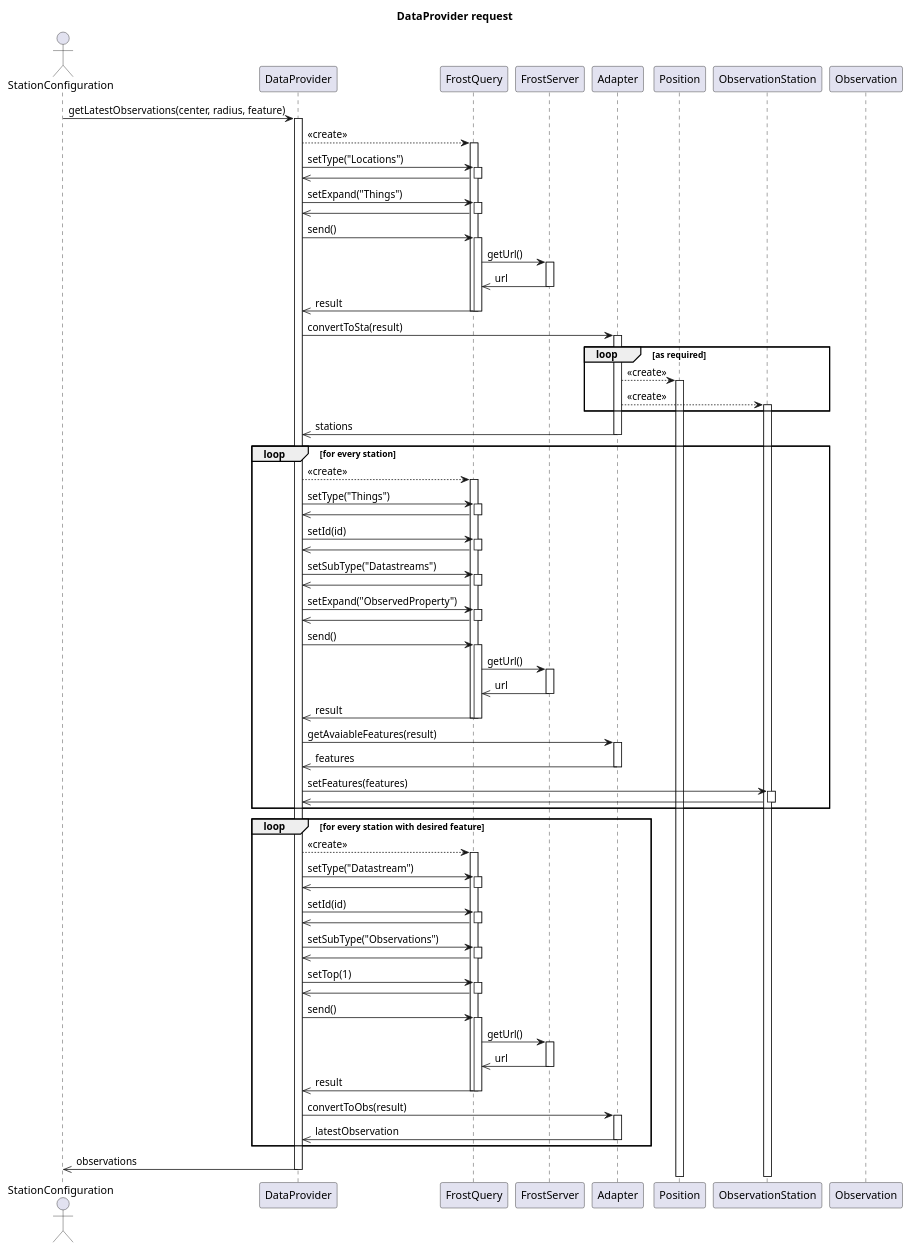
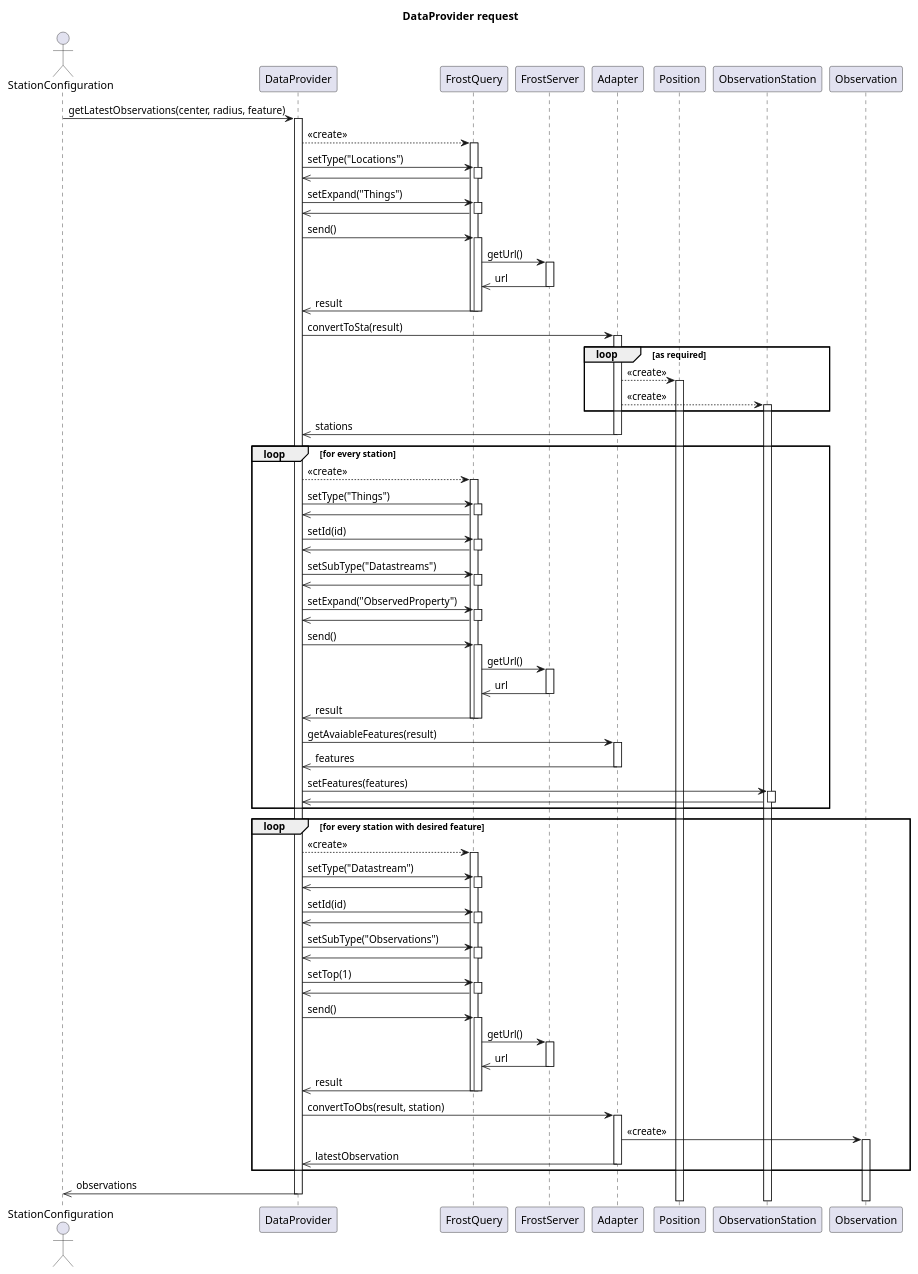
The diagram in Entwurf/PlantUML/FrostSeq.puml (JonaEnz/pse-airquality-1), drawn with PlantUML before and after one commit. The commit also changed 1 other file, not shown here.

Commit message:
Modify Adapter

```diff
--- a/Entwurf/PlantUML/FrostSeq.puml
+++ b/Entwurf/PlantUML/FrostSeq.puml
@@ -1,74 +1,75 @@
 @startuml FrostSeq
 
 title DataProvider request
 
 actor StationConfiguration
 participant DataProvider
 participant FrostQuery
 participant FrostServer
 participant Adapter
 participant Position
 participant ObservationStation
 participant Observation
 
 
 StationConfiguration -> DataProvider ++ : getLatestObservations(center, radius, feature)
 DataProvider --> FrostQuery ++ : <<create>>
 DataProvider -> FrostQuery ++ : setType("Locations")
 FrostQuery ->> DataProvider -- 
 DataProvider -> FrostQuery ++ : setExpand("Things")
 FrostQuery ->> DataProvider --
 DataProvider -> FrostQuery ++ : send()
 FrostQuery -> FrostServer ++ : getUrl()
 FrostServer ->> FrostQuery -- : url
 FrostQuery ->> DataProvider -- : result
 deactivate FrostQuery
 DataProvider -> Adapter ++ : convertToSta(result)
 loop as required
 Adapter --> Position ++ : <<create>>
 Adapter --> ObservationStation ++ : <<create>>
 end
 Adapter ->> DataProvider -- : stations
 loop for every station
 DataProvider --> FrostQuery ++ : <<create>>
 DataProvider -> FrostQuery ++ : setType("Things")
 FrostQuery ->> DataProvider -- 
 DataProvider -> FrostQuery ++ : setId(id)
 FrostQuery ->> DataProvider -- 
 DataProvider -> FrostQuery ++ : setSubType("Datastreams")
 FrostQuery ->> DataProvider -- 
 DataProvider -> FrostQuery ++ : setExpand("ObservedProperty")
 FrostQuery ->> DataProvider -- 
 DataProvider -> FrostQuery ++ : send()
 FrostQuery -> FrostServer ++ : getUrl()
 FrostServer ->> FrostQuery -- : url
 FrostQuery ->> DataProvider -- : result
 deactivate FrostQuery
 DataProvider -> Adapter ++ : getAvaiableFeatures(result)
 Adapter ->> DataProvider -- : features
 deactivate FrostQuery
 DataProvider -> ObservationStation ++ : setFeatures(features)
 ObservationStation ->> DataProvider -- 
 end
 loop for every station with desired feature
 DataProvider --> FrostQuery ++ : <<create>>
 DataProvider -> FrostQuery ++ : setType("Datastream")
 FrostQuery ->> DataProvider -- 
 DataProvider -> FrostQuery ++ : setId(id)
 FrostQuery ->> DataProvider --
 DataProvider -> FrostQuery ++ : setSubType("Observations")
 FrostQuery ->> DataProvider --
 DataProvider -> FrostQuery ++ : setTop(1)
 FrostQuery ->> DataProvider --
 DataProvider -> FrostQuery ++ : send()
 FrostQuery -> FrostServer ++ : getUrl()
 FrostServer ->> FrostQuery -- : url
 FrostQuery ->> DataProvider -- : result
 deactivate FrostQuery
-DataProvider -> Adapter ++ : convertToObs(result)
+DataProvider -> Adapter ++ : convertToObs(result, station)
+Adapter -> Observation ++ : <<create>>
 Adapter ->> DataProvider -- : latestObservation
 end
 DataProvider ->> StationConfiguration -- : observations 
 
 
 @enduml
```
